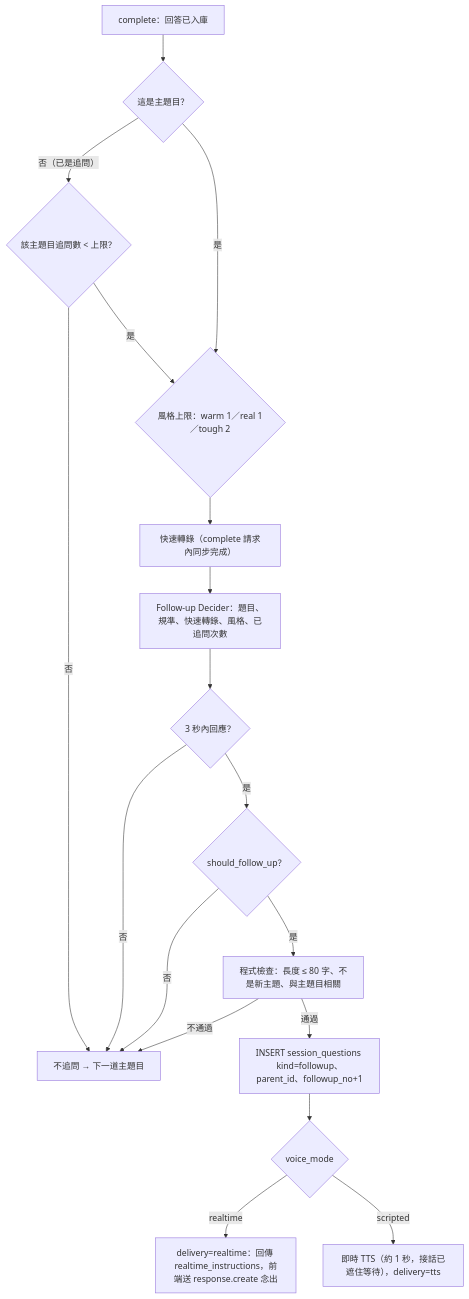
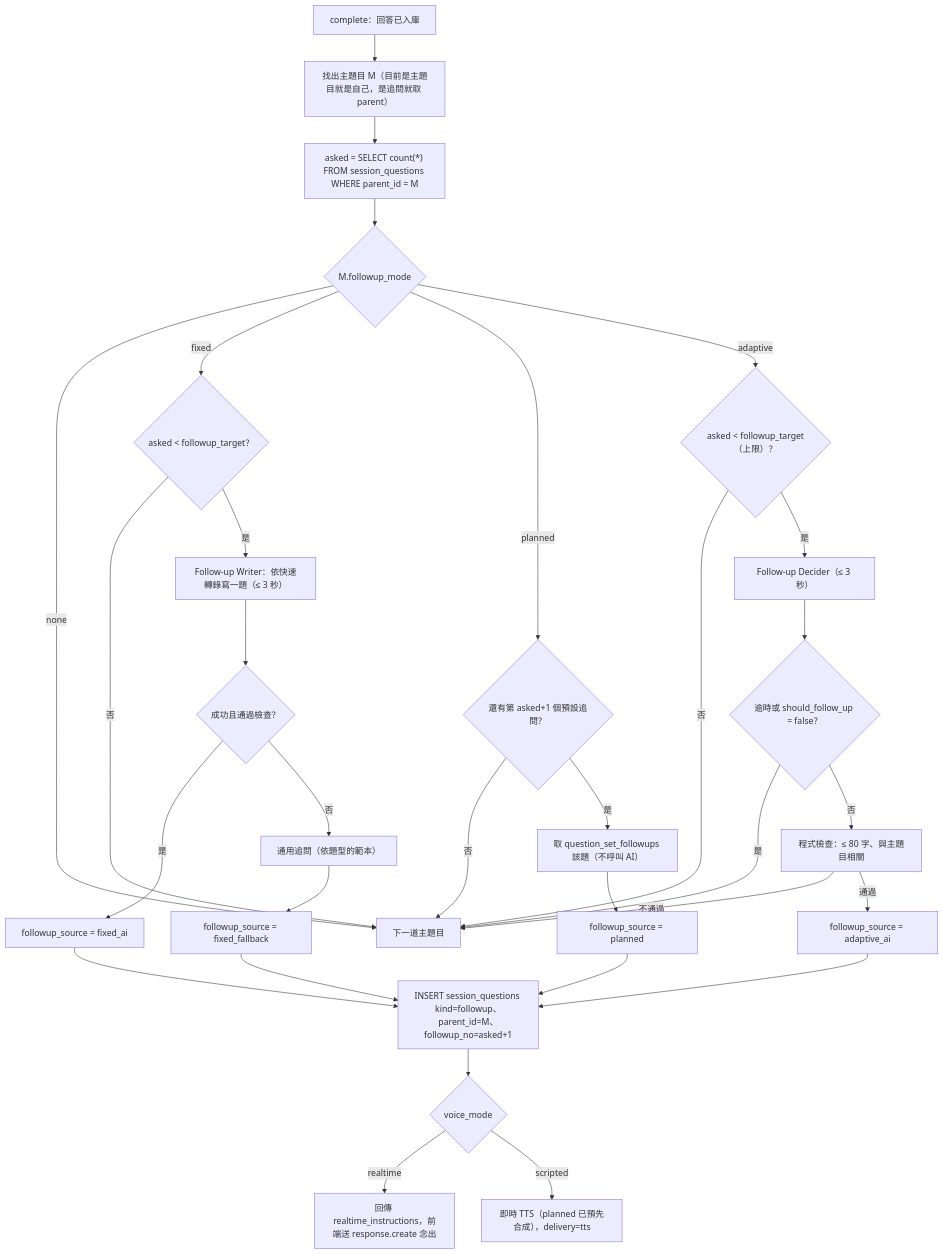
Before and after one commit to WilliamTsai1227/AI_Interview: diagram 19 of 35 in spec/flows.md, drawn with Mermaid. The commit also changed other lines of this file and 4 other files, not shown here.

````diff
--- a/spec/flows.md
+++ b/spec/flows.md
@@ -580,20 +592,28 @@
 ```mermaid
 flowchart TD
-    A["complete：回答已入庫"] --> B{"這是主題目？"}
-    B -- 否（已是追問） --> B1{"該主題目追問數 < 上限？"}
-    B -- 是 --> C
-    B1 -- 否 --> Z["不追問 → 下一道主題目"]
-    B1 -- 是 --> C{"風格上限：warm 1／real 1／tough 2"}
-    C --> D["快速轉錄（complete 請求內同步完成）"]
-    D --> E["Follow-up Decider：題目、規準、快速轉錄、風格、已追問次數"]
-    E --> F{"3 秒內回應？"}
-    F -- 否 --> Z
-    F -- 是 --> G{"should_follow_up？"}
-    G -- 否 --> Z
-    G -- 是 --> H["程式檢查：長度 ≤ 80 字、不是新主題、與主題目相關"]
-    H -- 不通過 --> Z
-    H -- 通過 --> I["INSERT session_questions kind=followup、parent_id、followup_no+1"]
+    A["complete：回答已入庫"] --> M["找出主題目 M（目前是主題目就是自己，是追問就取 parent）"]
+    M --> N["asked = SELECT count(*) FROM session_questions WHERE parent_id = M"]
+    N --> R{"M.followup_mode"}
+    R -- none --> Z["下一道主題目"]
+    R -- fixed --> F1{"asked < followup_target？"}
+    F1 -- 否 --> Z
+    F1 -- 是 --> F2["Follow-up Writer：依快速轉錄寫一題（≤ 3 秒）"]
+    F2 --> F3{"成功且通過檢查？"}
+    F3 -- 是 --> I1["followup_source = fixed_ai"]
+    F3 -- 否 --> F4["通用追問（依題型的範本）"] --> I2["followup_source = fixed_fallback"]
+    R -- planned --> P1{"還有第 asked+1 個預設追問？"}
+    P1 -- 否 --> Z
+    P1 -- 是 --> P2["取 question_set_followups 該題（不呼叫 AI）"] --> I3["followup_source = planned"]
+    R -- adaptive --> D1{"asked < followup_target（上限）？"}
+    D1 -- 否 --> Z
+    D1 -- 是 --> D2["Follow-up Decider（≤ 3 秒）"]
+    D2 --> D3{"逾時或 should_follow_up = false？"}
+    D3 -- 是 --> Z
+    D3 -- 否 --> D4["程式檢查：≤ 80 字、與主題目相關"]
+    D4 -- 不通過 --> Z
+    D4 -- 通過 --> I4["followup_source = adaptive_ai"]
+    I1 & I2 & I3 & I4 --> I["INSERT session_questions kind=followup、parent_id=M、followup_no=asked+1"]
     I --> J{"voice_mode"}
-    J -- realtime --> K["delivery=realtime：回傳 realtime_instructions，前端送 response.create 念出"]
-    J -- scripted --> L["即時 TTS（約 1 秒，接話已遮住等待），delivery=tts"]
+    J -- realtime --> K["回傳 realtime_instructions，前端送 response.create 念出"]
+    J -- scripted --> L["即時 TTS（planned 已預先合成），delivery=tts"]
 ```
````
